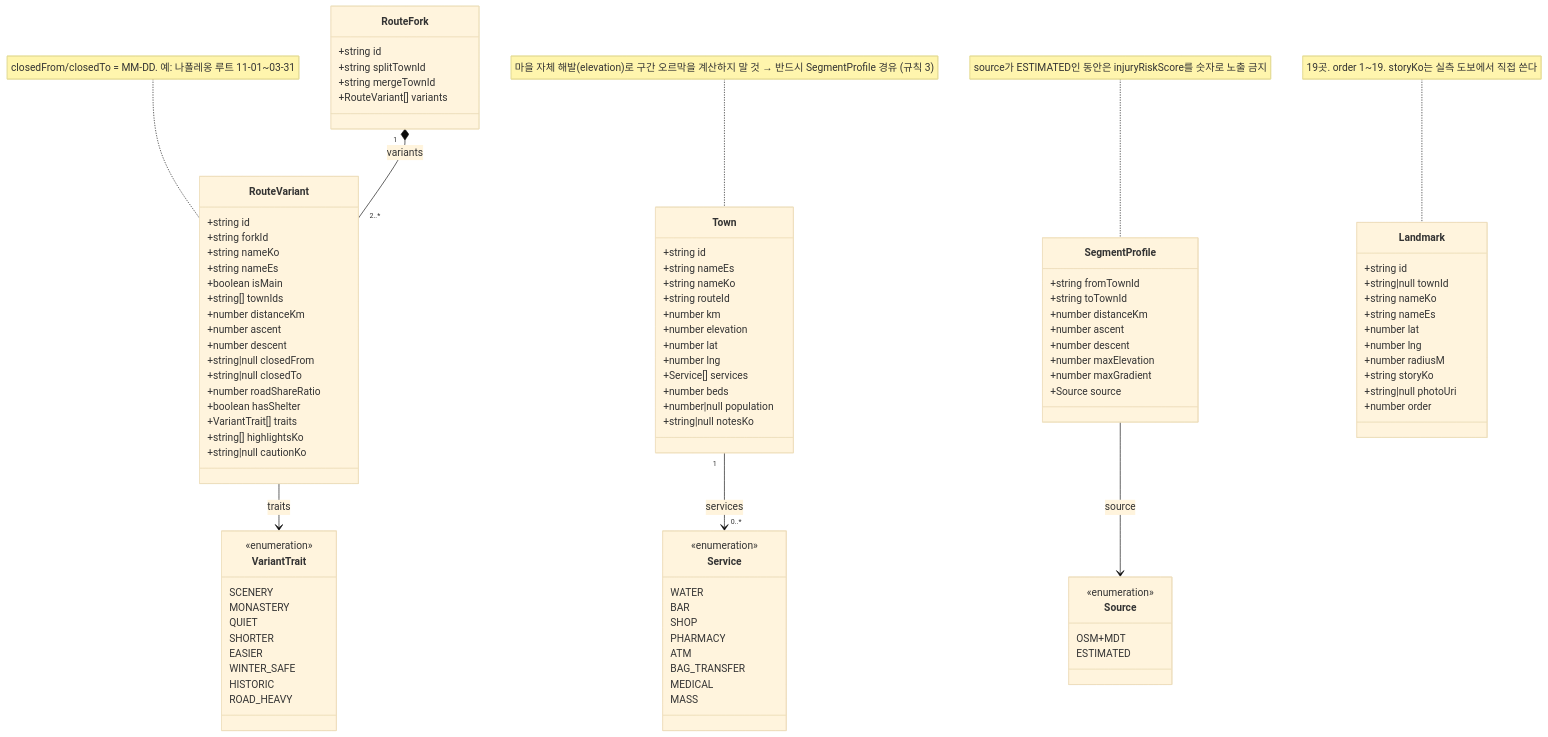
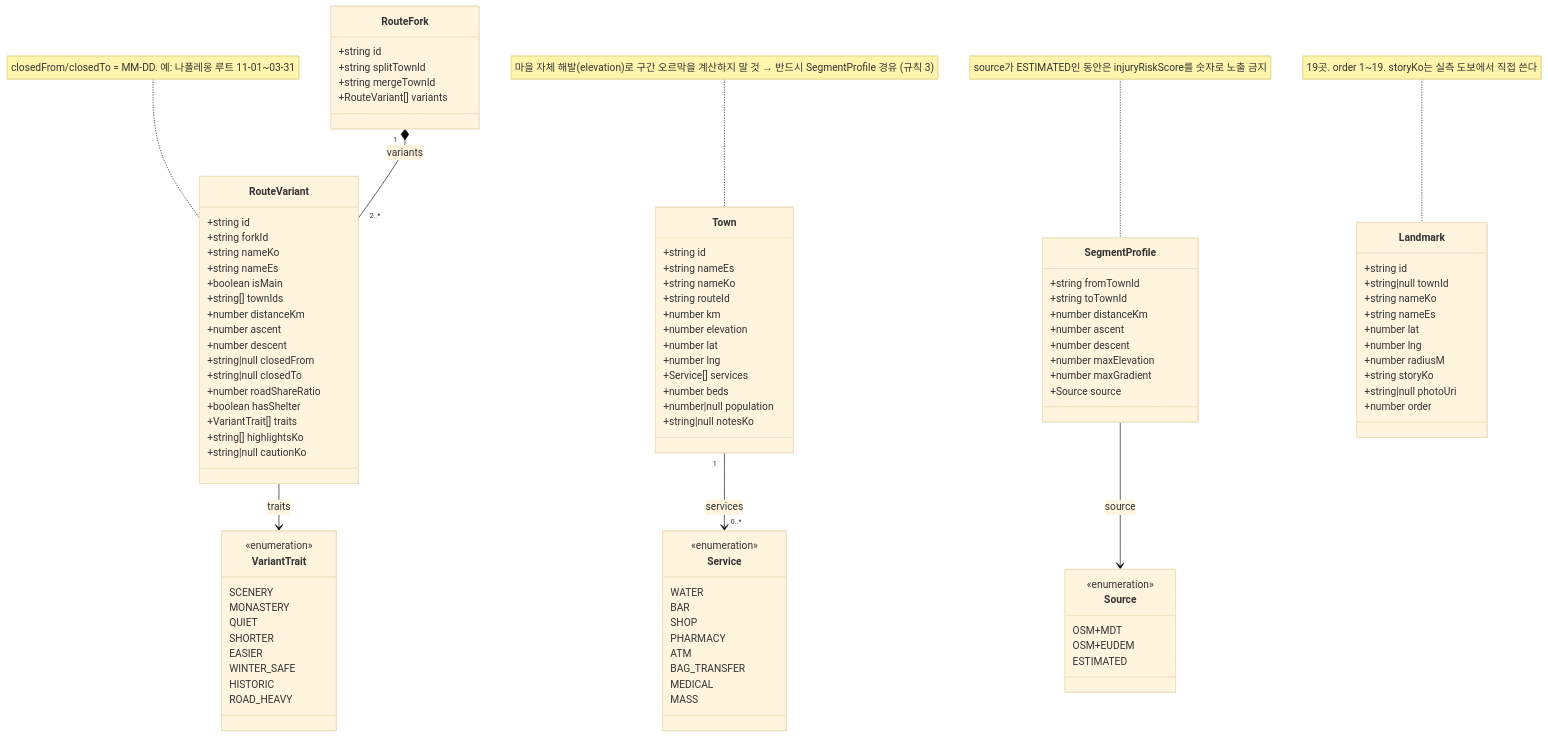
Before and after one commit to hhgkosmo0607-lgtm/camino_planner: the second of 9 diagrams in docs/markdown/06_개발가이드.md, drawn with Mermaid (base theme). The commit also changed other lines of this file and 25 other files, not shown here.

```diff
--- a/docs/markdown/06_개발가이드.md
+++ b/docs/markdown/06_개발가이드.md
@@ -1239,6 +1249,7 @@
     class Source {
       <<enumeration>>
       OSM+MDT
+      OSM+EUDEM
       ESTIMATED
     }
 
```
